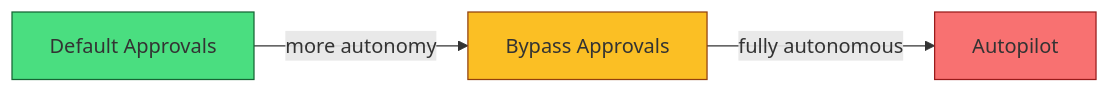
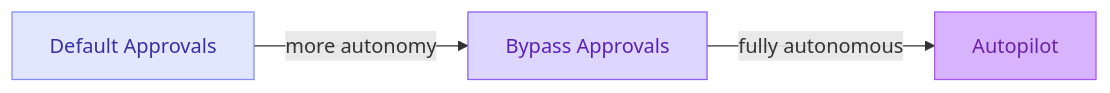
One commit to juangcarmona/github_copilot_000_hub changed the diagram in slides/pages/301/permission-levels.md. Above: the diagram before and after it, drawn with Mermaid. The commit also changed 10 other files, not shown here.

````diff
--- a/slides/pages/301/permission-levels.md
+++ b/slides/pages/301/permission-levels.md
@@ -18,8 +18,8 @@
 ```mermaid
 flowchart LR
   D["Default Approvals"] -->|"more autonomy"| B["Bypass Approvals"]
   B -->|"fully autonomous"| A["Autopilot"]
-  style D fill:#4ade80,stroke:#166534
-  style B fill:#fbbf24,stroke:#92400e
-  style A fill:#f87171,stroke:#991b1b
+  style D fill:#e0e7ff,stroke:#818cf8,color:#3730a3
+  style B fill:#ddd6fe,stroke:#8b5cf6,color:#5b21b6
+  style A fill:#d8b4fe,stroke:#a855f7,color:#6b21a8
 ```
````
